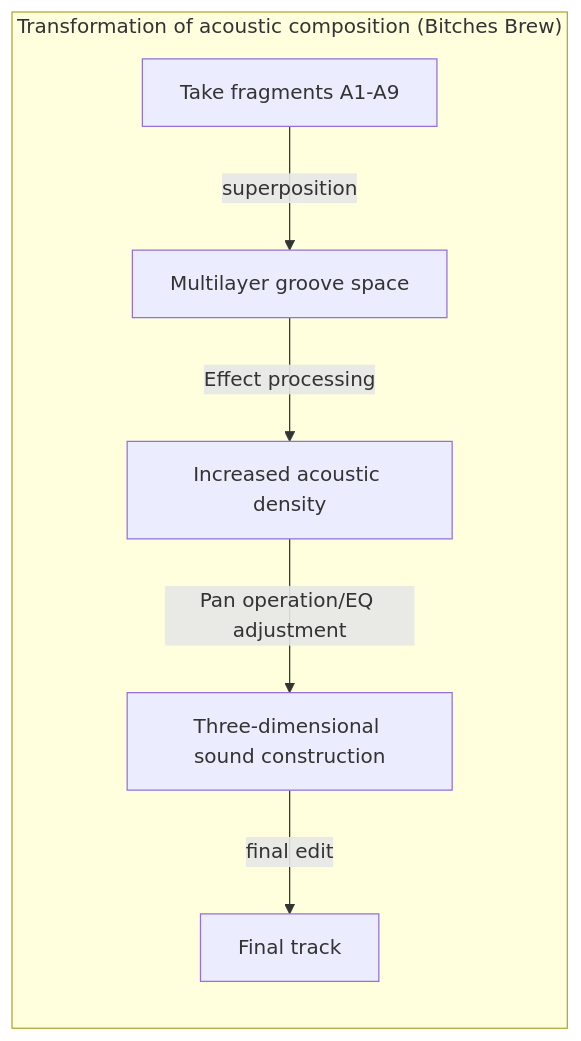
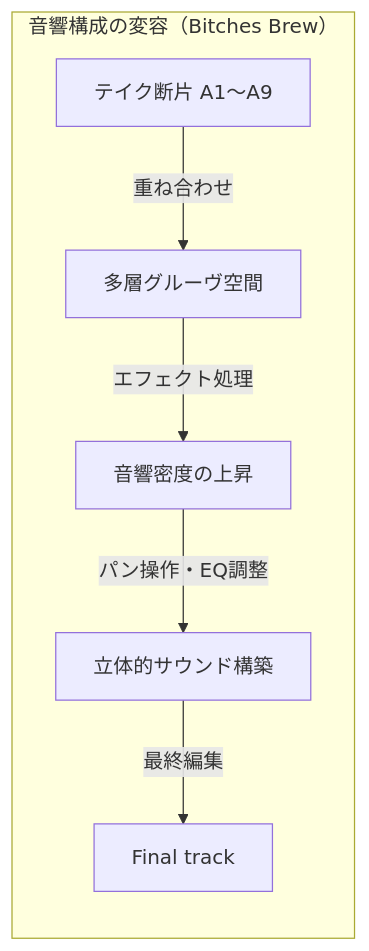
One commit to monumental-movement/monumental-movement.github.io changed the fifth of 12 diagrams in en/_posts/2025-10-28-column-macero-miles.md. Above: the diagram before and after it, drawn with Mermaid. The commit also changed other lines of this file and 2196 other files, not shown here.

```diff
--- a/en/_posts/2025-10-28-column-macero-miles.md
+++ b/en/_posts/2025-10-28-column-macero-miles.md
@@ -254,11 +254,11 @@
 <div class="mermaid">
 
 graph LR
-    subgraph Editing_Structure["Transformation of acoustic composition (Bitches Brew)"]
-        A["Take fragments A1-A9"] -->|superposition| B["Multilayer groove space"]
-        B -->|Effect processing| C["Increased acoustic density"]
-        C -->|Pan operation/EQ adjustment| D["Three-dimensional sound construction"]
-        D -->|final edit| E["Final track"]
+    subgraph Editing_Structure["音響構成の変容（Bitches Brew）"]
+        A["テイク断片 A1〜A9"] -->|重ね合わせ| B["多層グルーヴ空間"]
+        B -->|エフェクト処理| C["音響密度の上昇"]
+        C -->|パン操作・EQ調整| D["立体的サウンド構築"]
+        D -->|最終編集| E["Final track"]
     end
 
 </div>
```
